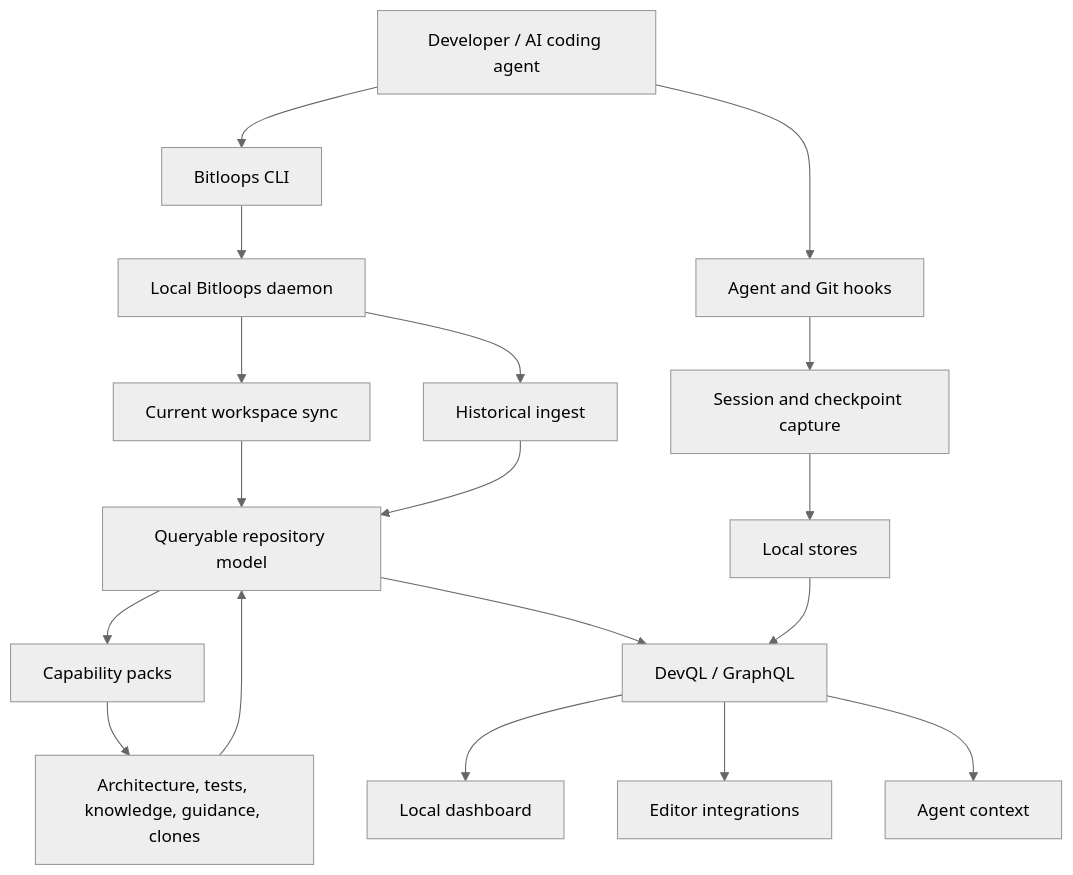
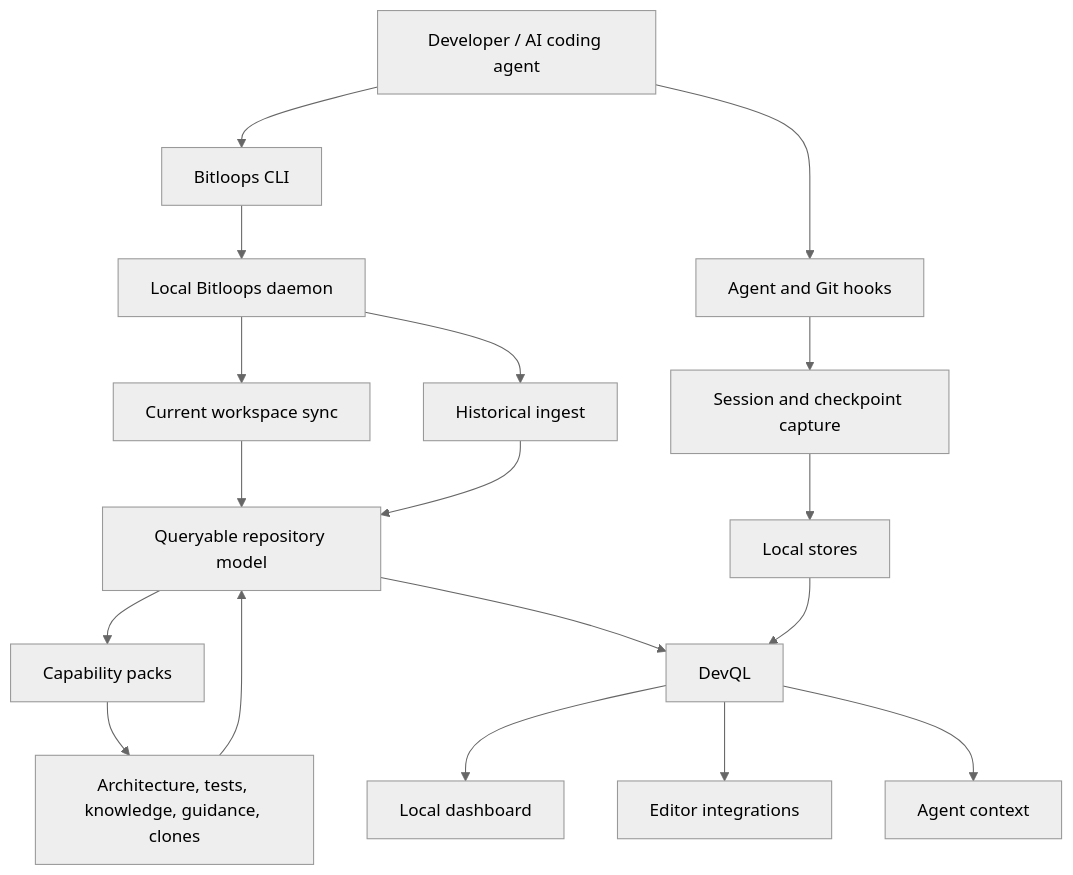
Before and after one commit to bitloops/bitloops: the diagram in README.md, drawn with Mermaid (neutral theme).

````diff
--- a/README.md
+++ b/README.md
@@ -174,25 +174,25 @@
 ```mermaid
 flowchart TD
     Developer["Developer / AI coding agent"] --> CLI["Bitloops CLI"]
     Developer --> Hooks["Agent and Git hooks"]
 
     CLI --> Daemon["Local Bitloops daemon"]
     Hooks --> Capture["Session and checkpoint capture"]
     Capture --> Stores["Local stores"]
 
     Daemon --> Sync["Current workspace sync"]
     Daemon --> Ingest["Historical ingest"]
     Sync --> Model["Queryable repository model"]
     Ingest --> Model
 
     Model --> Packs["Capability packs"]
     Packs --> Enrichment["Architecture, tests, knowledge, guidance, clones"]
     Enrichment --> Model
 
-    Model --> DevQL["DevQL / GraphQL"]
+    Model --> DevQL["DevQL"]
     Stores --> DevQL
 
     DevQL --> Dashboard["Local dashboard"]
     DevQL --> Editor["Editor integrations"]
     DevQL --> Agents["Agent context"]
 ```
````
